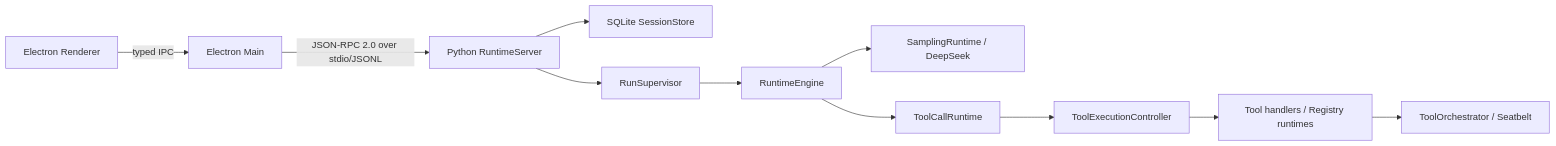
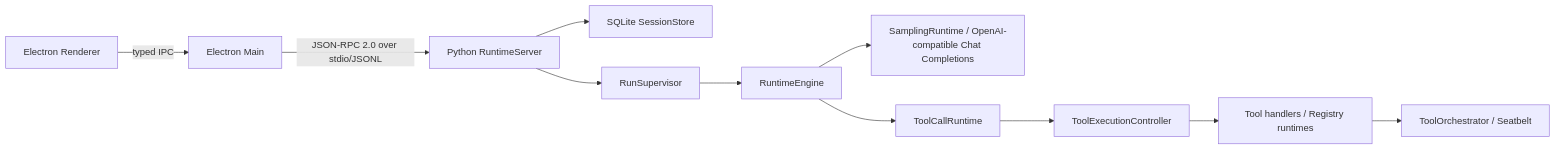
The diagram in docs/current-architecture.md (idy534/Eidos), drawn with Mermaid before and after one commit. The commit also changed other lines of this file and 89 other files, not shown here.

````diff
--- a/docs/current-architecture.md
+++ b/docs/current-architecture.md
@@ -7,13 +7,13 @@
 ```mermaid
 flowchart LR
     Renderer["Electron Renderer"] -->|typed IPC| Main["Electron Main"]
     Main -->|JSON-RPC 2.0 over stdio/JSONL| Server["Python RuntimeServer"]
     Server --> Store["SQLite SessionStore"]
     Server --> Supervisor["RunSupervisor"]
     Supervisor --> Engine["RuntimeEngine"]
-    Engine --> Model["SamplingRuntime / DeepSeek"]
+    Engine --> Model["SamplingRuntime / OpenAI-compatible Chat Completions"]
     Engine --> Batch["ToolCallRuntime"]
     Batch --> Single["ToolExecutionController"]
     Single --> Handlers["Tool handlers / Registry runtimes"]
     Handlers --> Sandbox["ToolOrchestrator / Seatbelt"]
 ```
````
